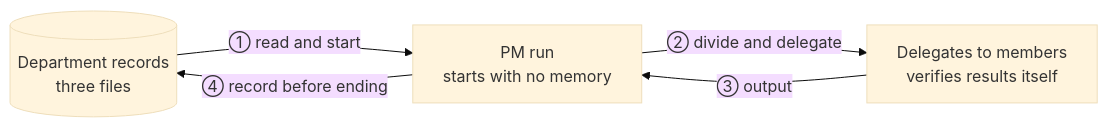
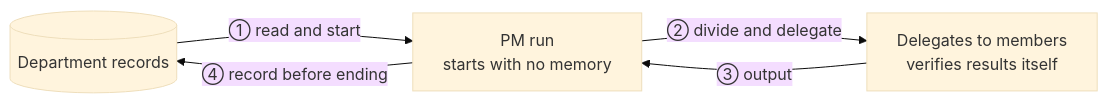
Before and after one commit to Alex2006-KOR/aise-org-site: the fourth of 5 diagrams in docs/en/story/operation.md, drawn with Mermaid (base theme). The commit also changed other lines of this file and 20 other files, not shown here.

````diff
--- a/docs/en/story/operation.md
+++ b/docs/en/story/operation.md
@@ -212,10 +213,10 @@
 ```mermaid
 flowchart LR
-  PR[("Department records<br/>three files")]
+  PR[("Department records")]
   RUN["PM run<br/>starts with no memory"]
   WORK["Delegates to members<br/>verifies results itself"]
   PR -->|"① read and start"| RUN
   RUN -->|"② divide and delegate"| WORK
   WORK -->|"③ output"| RUN
   RUN -->|"④ record before ending"| PR
 ```
````
